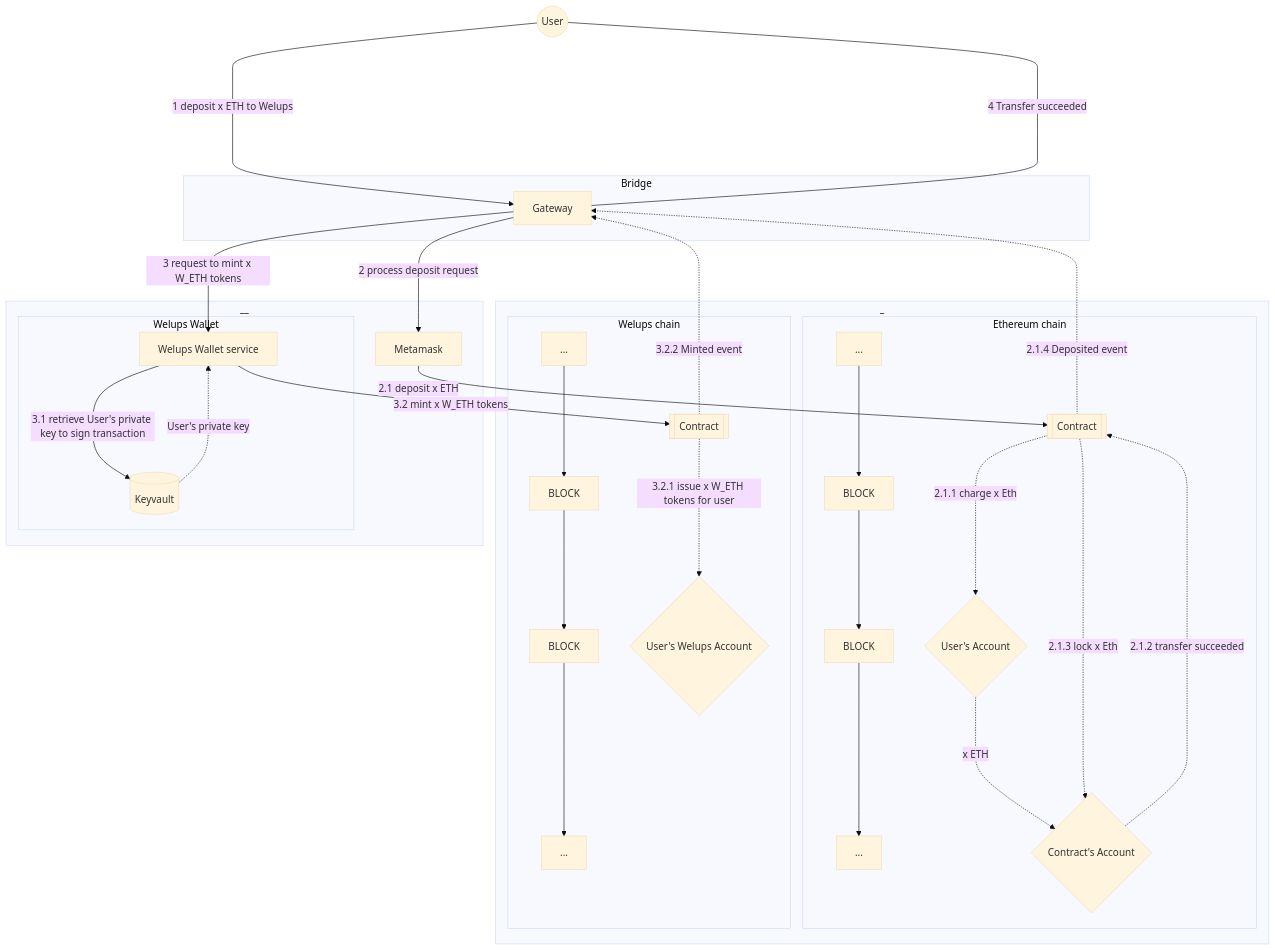
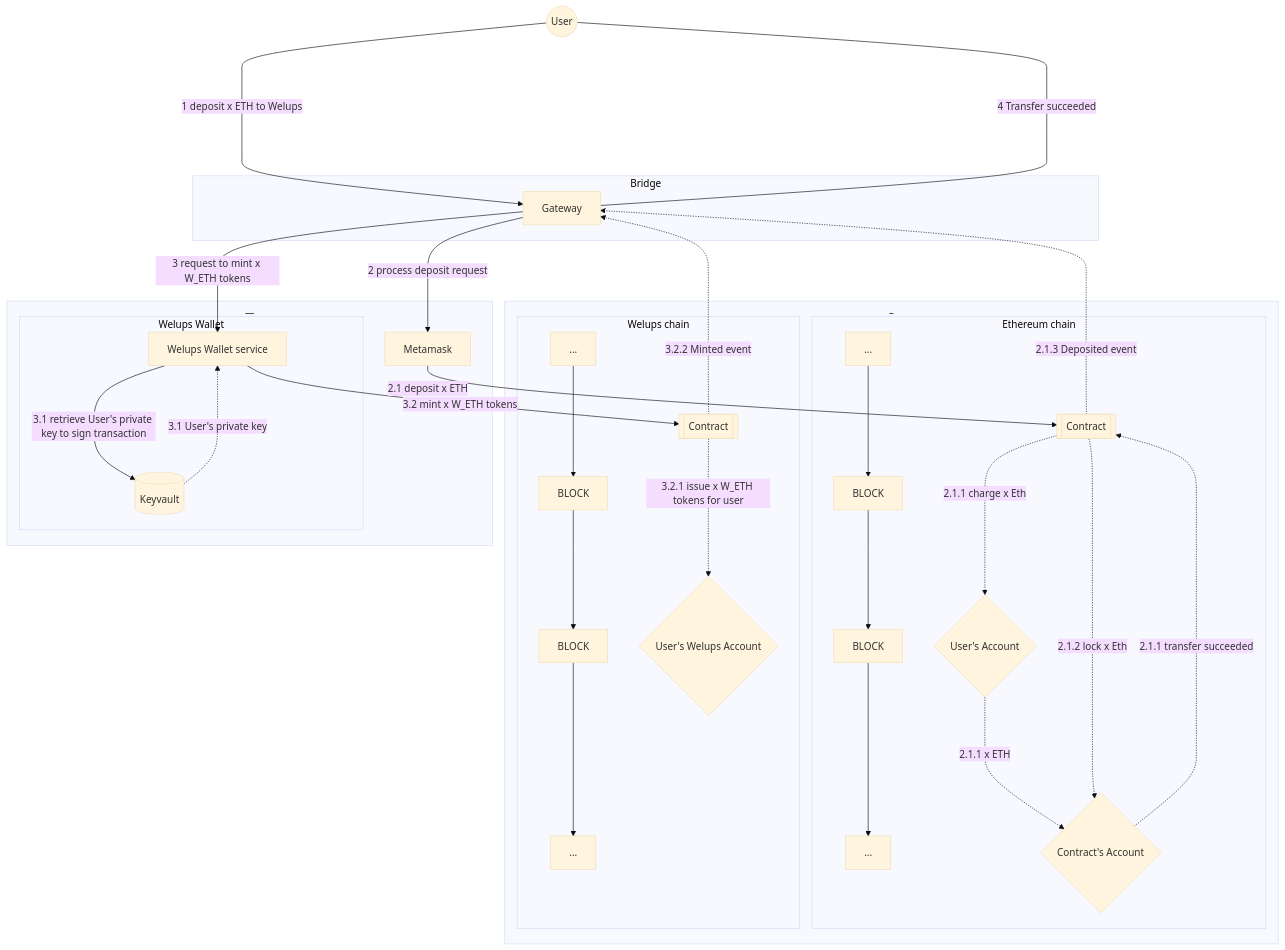
One commit to nhatanh002/bridges-plan changed the diagram in chart-sources/deposit-eth.mermaid. Above: the diagram before and after it, drawn with Mermaid (base theme). The commit also changed 4 other files, not shown here.

Commit message:
Added release chart

```diff
--- a/chart-sources/deposit-eth.mermaid
+++ b/chart-sources/deposit-eth.mermaid
@@ -1,47 +1,47 @@
 graph TD
-    User((User)) 
+    User((User))
     subgraph BRD [Bridge]
 
     G[Gateway]
-         
+
     end
-    subgraph _   
+    subgraph _
 
     subgraph ETH [Ethereum chain]
-     Head1[...]--->A1[BLOCK]-->B1[BLOCK]--->Tail1[...]    
+     Head1[...]--->A1[BLOCK]-->B1[BLOCK]--->Tail1[...]
      C1[[Contract]]
      W1{User's Account}
-     W2{Contract's Account}          
+     W2{Contract's Account}
     end
 
     subgraph WEL [Welups chain]
      Head2[...]--->A2[BLOCK]-->B2[BLOCK]--->Tail2[...]
      C2[[Contract]]
      W3{User's Welups Account}
     end
     end
     subgraph __
      MM[Metamask]
      subgraph WWS[Welups Wallet]
        WW[Welups Wallet service]
        DB[(Keyvault)]
      end
     end
-    
+
 
 User-----> |1 deposit x ETH to Welups|G
 G -- 2 process deposit request --> MM
 MM-- 2.1 deposit x ETH -->C1
 C1-..->|2.1.1 charge x Eth|W1
-W1-..->|x ETH|W2
-W2-..->|2.1.2 transfer succeeded|C1
-C1-..->|2.1.3 lock x Eth|W2
-C1-..->|2.1.4 Deposited event|G
+W1-..->|2.1.1 x ETH|W2
+W2-..->|2.1.1 transfer succeeded|C1
+C1-..->|2.1.2 lock x Eth|W2
+C1-..->|2.1.3 Deposited event|G
 
 G-- 3 request to mint x W_ETH tokens --> WW
 WW-- 3.1 retrieve User's private key to sign transaction --> DB
-DB-..->|User's private key| WW
+DB-..->|3.1 User's private key| WW
 WW-- 3.2 mint x W_ETH tokens --> C2
 C2-..->|3.2.1 issue x W_ETH tokens for user| W3
 C2-..->|3.2.2 Minted event|G
 User<----|4 Transfer succeeded|G
```
